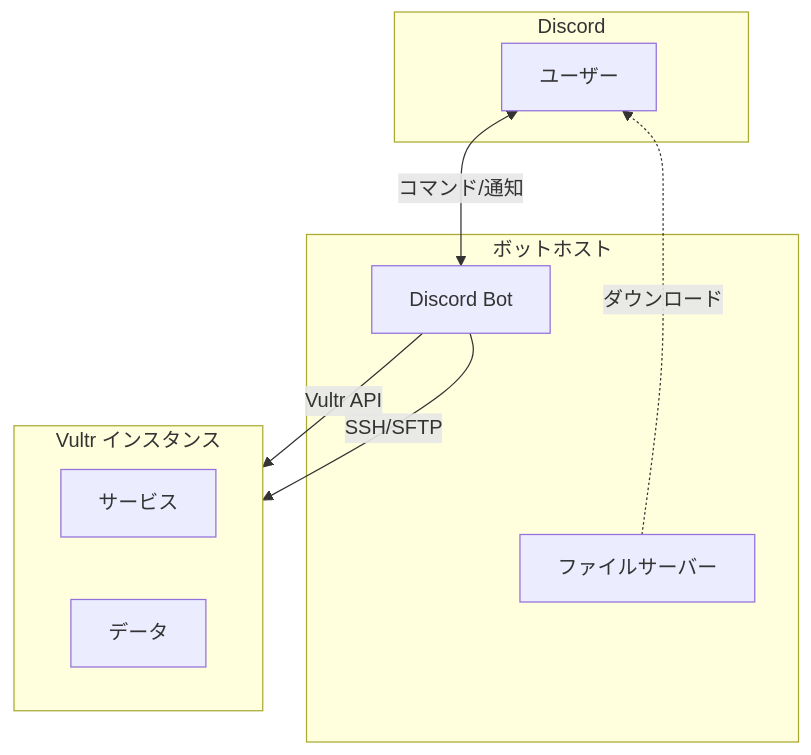
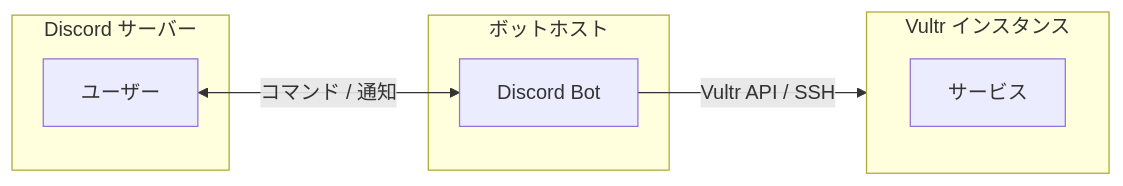
The diagram in README.md (tsunosekai/vultr-discrod-bot), drawn with Mermaid before and after one commit.

Commit message:
Update mermaid diagram structure in README.md

````diff
--- a/README.md
+++ b/README.md
@@ -16,22 +16,19 @@
 ```mermaid
-graph TB
-    subgraph Discord
-        User[ユーザー]
+graph LR
+    subgraph DiscordServer["Discord サーバー"]
+        User["ユーザー"]
     end
 
-    subgraph BotHost[ボットホスト]
-        Bot[Discord Bot]
-        FileServer[ファイルサーバー]
-        Bot ~~~ FileServer
+    subgraph BotHost["ボットホスト"]
+        Bot["Discord Bot"]
     end
 
-    subgraph Vultr[Vultr インスタンス]
-        Service[サービス]
-        Data[データ]
+    subgraph VultrInstance["Vultr インスタンス"]
+        Service["サービス"]
     end
 
-    User <-->|コマンド/通知| Bot
-    Bot -->|Vultr API| Vultr
-    Bot -->|SSH/SFTP| Vultr
-    FileServer -.->|ダウンロード| User
+    User <-->|コマンド / 通知| Bot
+    Bot -->|Vultr API / SSH| VultrInstance
+
+
 ```
````
